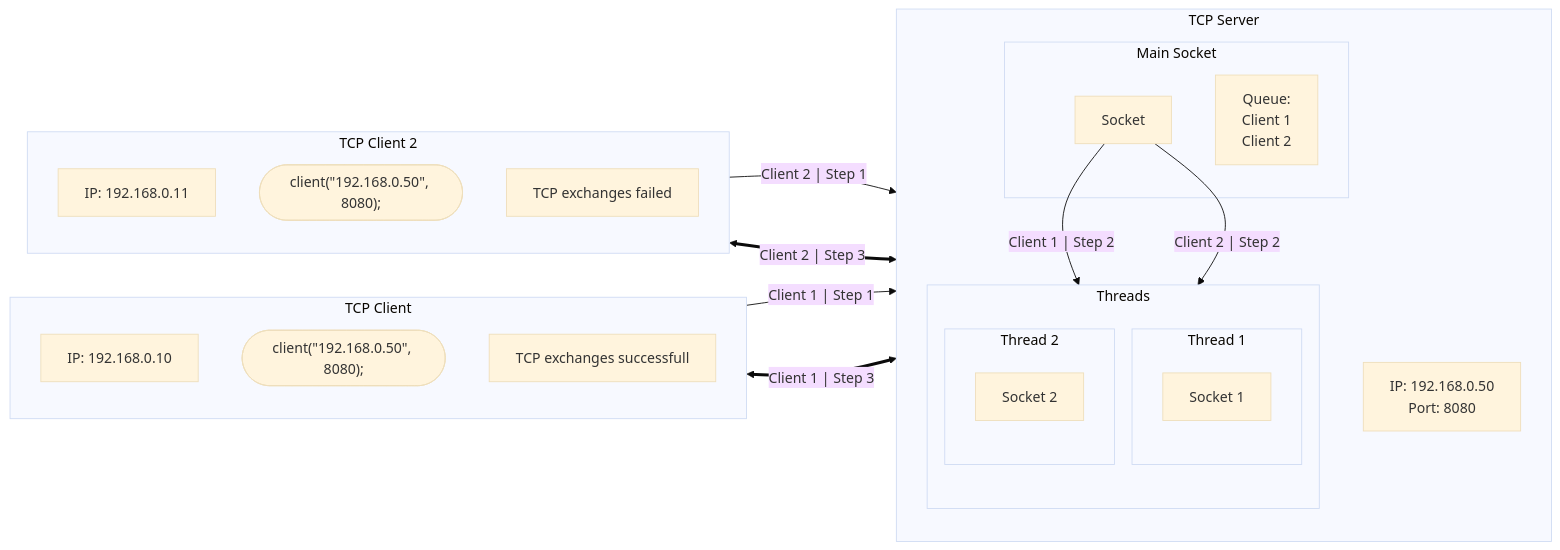
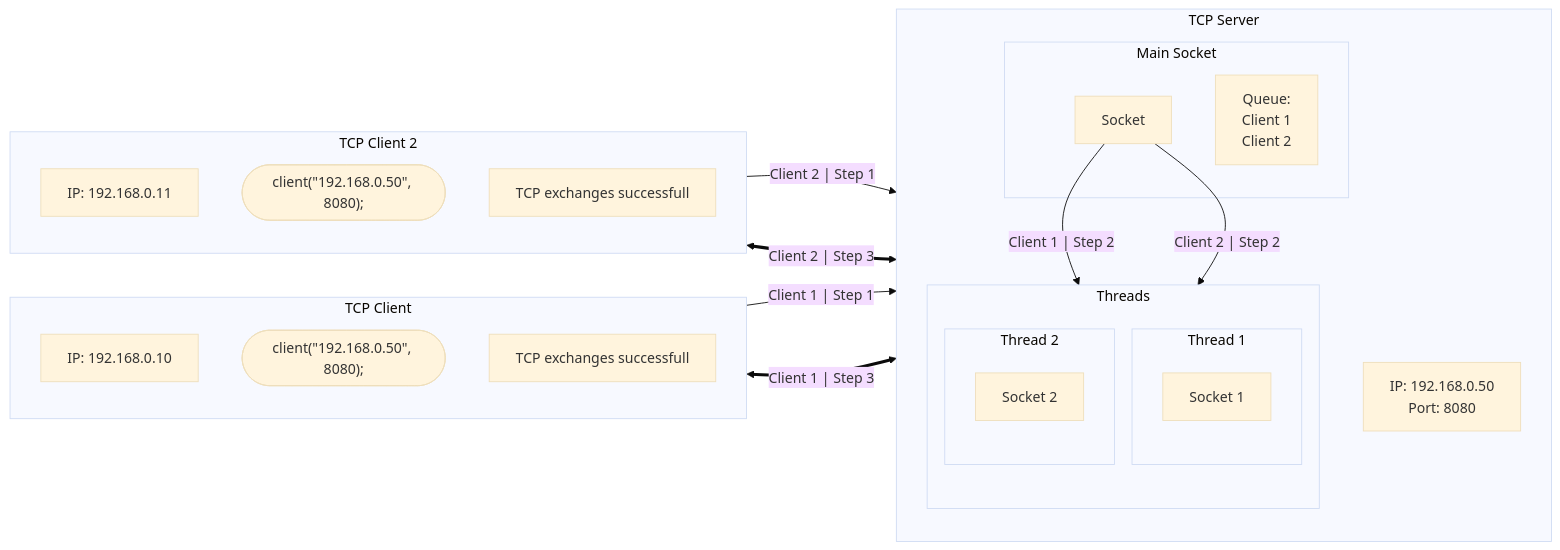
The second of 2 diagrams in readme.md (CodeWithRaph/Mutliclient_TCP_Server), drawn with Mermaid (base theme) before and after one commit.

Commit message:
fixing a little mistake in the mermaid diagram

````diff
--- a/readme.md
+++ b/readme.md
@@ -69,62 +69,62 @@
 ```mermaid
 ---
 Title: TCP Client example
 ---
 flowchart LR
 
 
 subgraph TCP Client
     direction TB
     Config["`IP: 192.168.0.10
     `"]
 
     Connect(["client(#quot;192.168.0.50#quot;, 8080);"])
 
     TCP["TCP exchanges successfull"]
 end
 
 subgraph TCP Client 2
     direction TB
     Config2["`IP: 192.168.0.11
     `"]
 
     Connect2(["client(#quot;192.168.0.50#quot;, 8080);"])
 
-    TCP2["TCP exchanges failed"]
+    TCP2["TCP exchanges successfull"]
 end
 
 subgraph TCP Server
     direction TB
     Config_Server["`IP: 192.168.0.50
     Port: 8080
     `"]
     subgraph Main Socket
         Socket["Socket"]
         Queue["`Queue:
         Client 1
         Client 2
         `"]
     end
 
     subgraph Threads
         direction TB
         subgraph Thread 1
             Socket1["Socket 1"]
         end
 
         subgraph Thread 2
             Socket2["Socket 2"]
         end
     end
 end
 
 Connect -- Client 1 | Step 1 --> Socket
 Connect2 -- Client 2 | Step 1 --> Socket
 
 Socket -- Client 1 | Step 2 --> Socket1
 Socket -- Client 2 | Step 2 --> Socket2
 
 TCP <== Client 1 | Step 3 ==> Socket1
 TCP2 <== Client 2 | Step 3 ==> Socket2 
 
 ```
````
